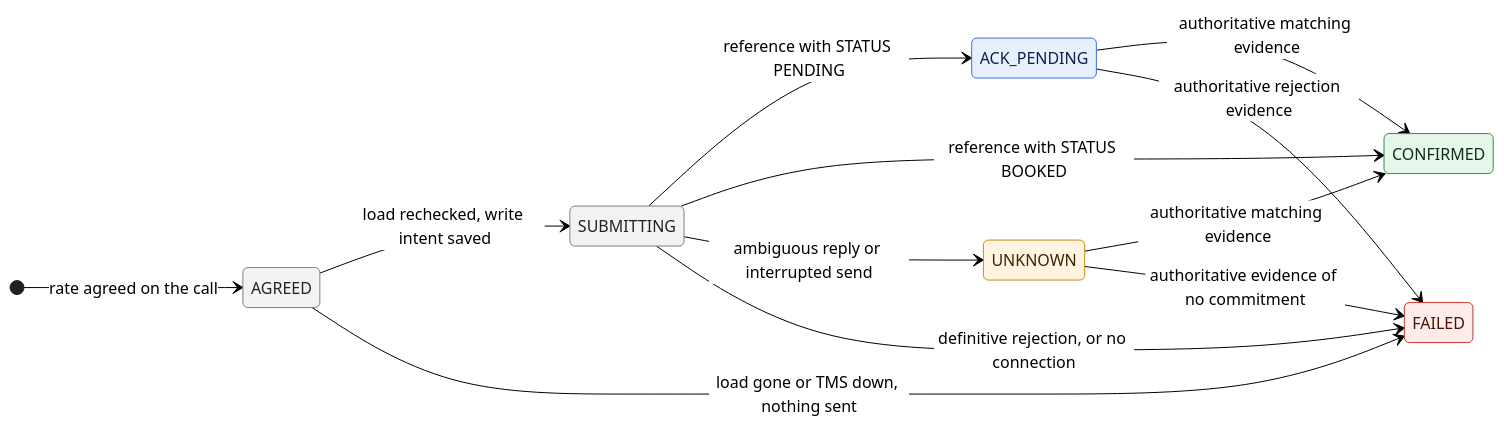
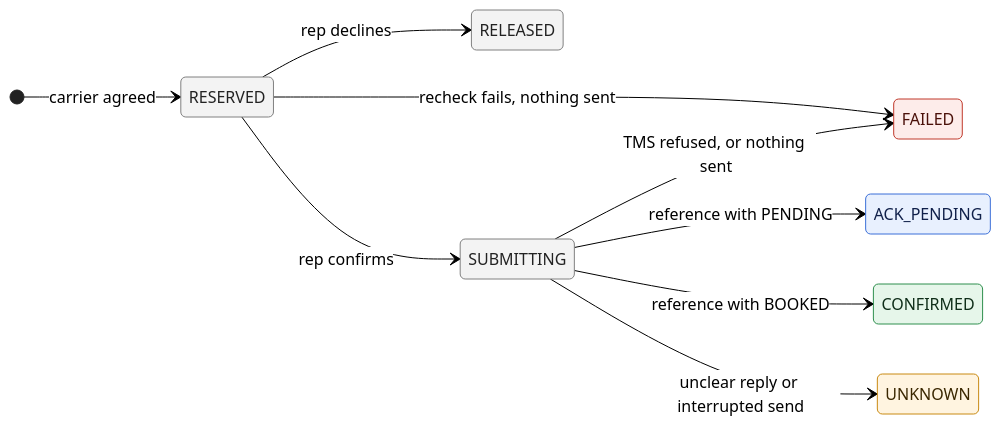
The fourth of 4 diagrams in ARCHITECTURE.md (sgon0181/happyrobot-inbound-carrier-sales), drawn with Mermaid (neutral theme) before and after one commit. The commit also changed other lines of this file and 17 other files, not shown here.

First line of the commit message:
docs: architecture v3 and a single decision log

````diff
--- a/ARCHITECTURE.md
+++ b/ARCHITECTURE.md
@@ -295,26 +347,23 @@
 ```mermaid
 stateDiagram-v2
     direction LR
-    [*] --> AGREED: rate agreed on the call
-    AGREED --> SUBMITTING: load rechecked, write intent saved
-    AGREED --> FAILED: load gone or TMS down, nothing sent
-    SUBMITTING --> ACK_PENDING: reference with STATUS PENDING
-    SUBMITTING --> CONFIRMED: reference with STATUS BOOKED
-    SUBMITTING --> UNKNOWN: ambiguous reply or interrupted send
-    SUBMITTING --> FAILED: definitive rejection, or no connection
-    ACK_PENDING --> CONFIRMED: authoritative matching evidence
-    UNKNOWN --> CONFIRMED: authoritative matching evidence
-    ACK_PENDING --> FAILED: authoritative rejection evidence
-    UNKNOWN --> FAILED: authoritative evidence of no commitment
+    [*] --> RESERVED: carrier agreed
+    RESERVED --> RELEASED: rep declines
+    RESERVED --> FAILED: recheck fails, nothing sent
+    RESERVED --> SUBMITTING: rep confirms
+    SUBMITTING --> ACK_PENDING: reference with PENDING
+    SUBMITTING --> CONFIRMED: reference with BOOKED
+    SUBMITTING --> FAILED: TMS refused, or nothing sent
+    SUBMITTING --> UNKNOWN: unclear reply or interrupted send
 
     classDef good fill:#e6f6ea,stroke:#2f8f4e,color:#0f2e19
     classDef bad fill:#fdecea,stroke:#c0392b,color:#4a1009
     classDef review fill:#fff4e0,stroke:#c98a12,color:#3a2700
     classDef waiting fill:#e8f0fe,stroke:#3b6fd8,color:#10204a
     classDef closed fill:#f3f3f3,stroke:#808080,color:#222
     class CONFIRMED good
     class FAILED bad
     class UNKNOWN review
     class ACK_PENDING waiting
-    class AGREED,SUBMITTING closed
+    class RESERVED,SUBMITTING,RELEASED closed
 ```
````
